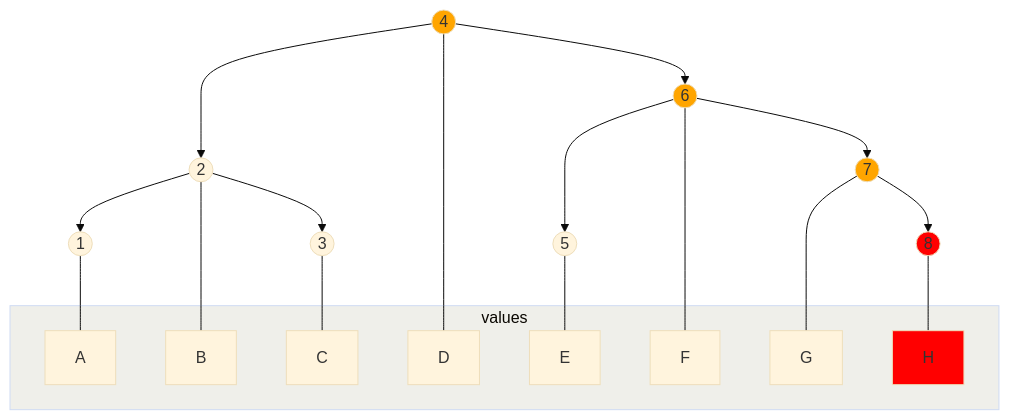
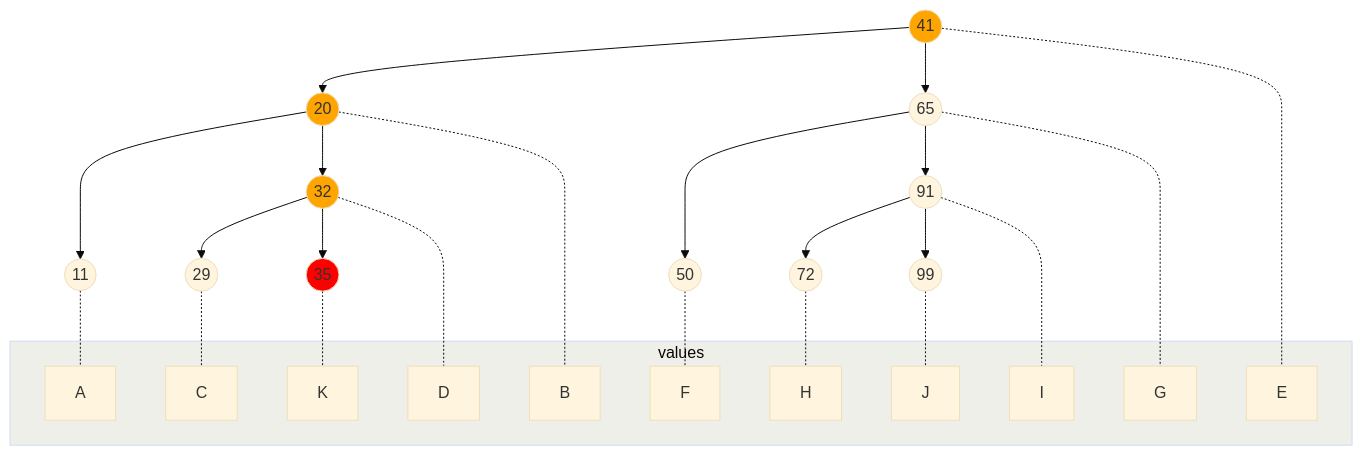
One commit to jindraivanek/talks changed the sixth of 6 diagrams in 2024-devtalks-data-structures/slides.md. Above: the diagram before and after it, drawn with Mermaid (base theme). The commit also changed other lines of this file, not shown here.

Commit message:
lzgit - 2024-10-15T08:44:14.869Z

````diff
--- a/2024-devtalks-data-structures/slides.md
+++ b/2024-devtalks-data-structures/slides.md
@@ -383,45 +383,58 @@
 ```mermaid
 graph TD
 classDef cluster fill:#efefea
-1(("1"))
-2(("2"))
-3(("3"))
-4(("4"))
-5(("5"))
-6(("6"))
-7(("7"))
-2 --> 1
-2 --> 3
-4 --> 2
-4 --> 6
-6 --> 5
-6 --> 7
+41(("41"))
+20(("20"))
+11(("11"))
+29(("29"))
+32(("32"))
+65(("65"))
+50(("50"))
+91(("91"))
+72(("72"))
+99(("99"))
+35(("35"))
+
+41 --> 20
+41 --> 65
+20 --> 11
+20 --> 32
+32 --> 29
+32 --> 35
+65 --> 50
+65 --> 91
+91 --> 72
+91 --> 99
+
+style 41 fill: orange
+style 20 fill: orange
+style 32 fill: orange
+style 35 fill: red
+
 subgraph values
 A
 B
 C
 D
 E
 F
 G
 H
+I
+J
+K
 end
-1 --- A
-2 --- B
-3 --- C
-4 --- D
-5 --- E
-6 --- F
-7 --- G
 
-8b(("8"))
-7 --> 8b
-8b --- H
-
-style 4 fill: orange
-style 6 fill: orange
-style 7 fill: orange
-style 8b fill: red
-style H fill: red
+11 -.- A
+20 -.- B
+29 -.- C
+32 -.- D
+41 -.- E
+50 -.- F
+65 -.- G
+72 -.- H
+91 -.- I
+99 -.- J
+35 -.- K
 
 ```
````
